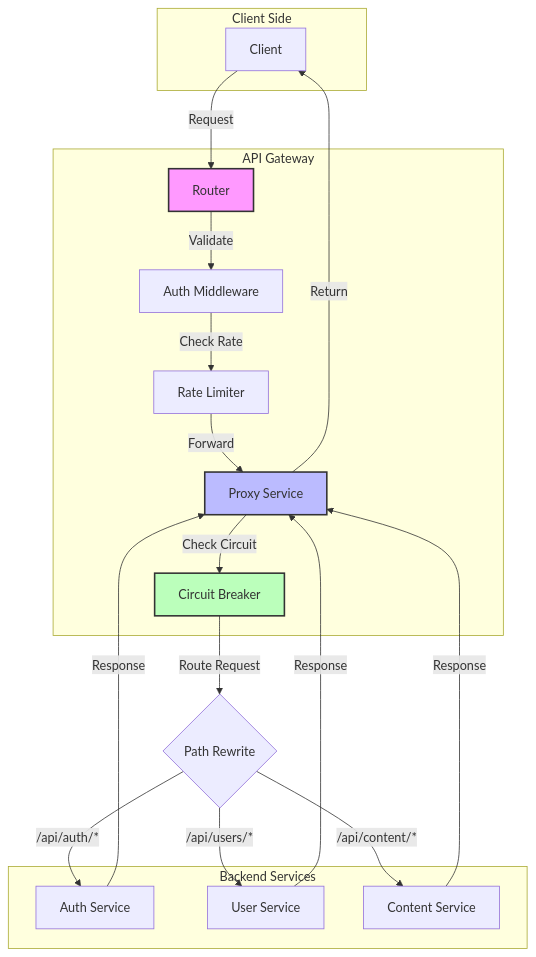
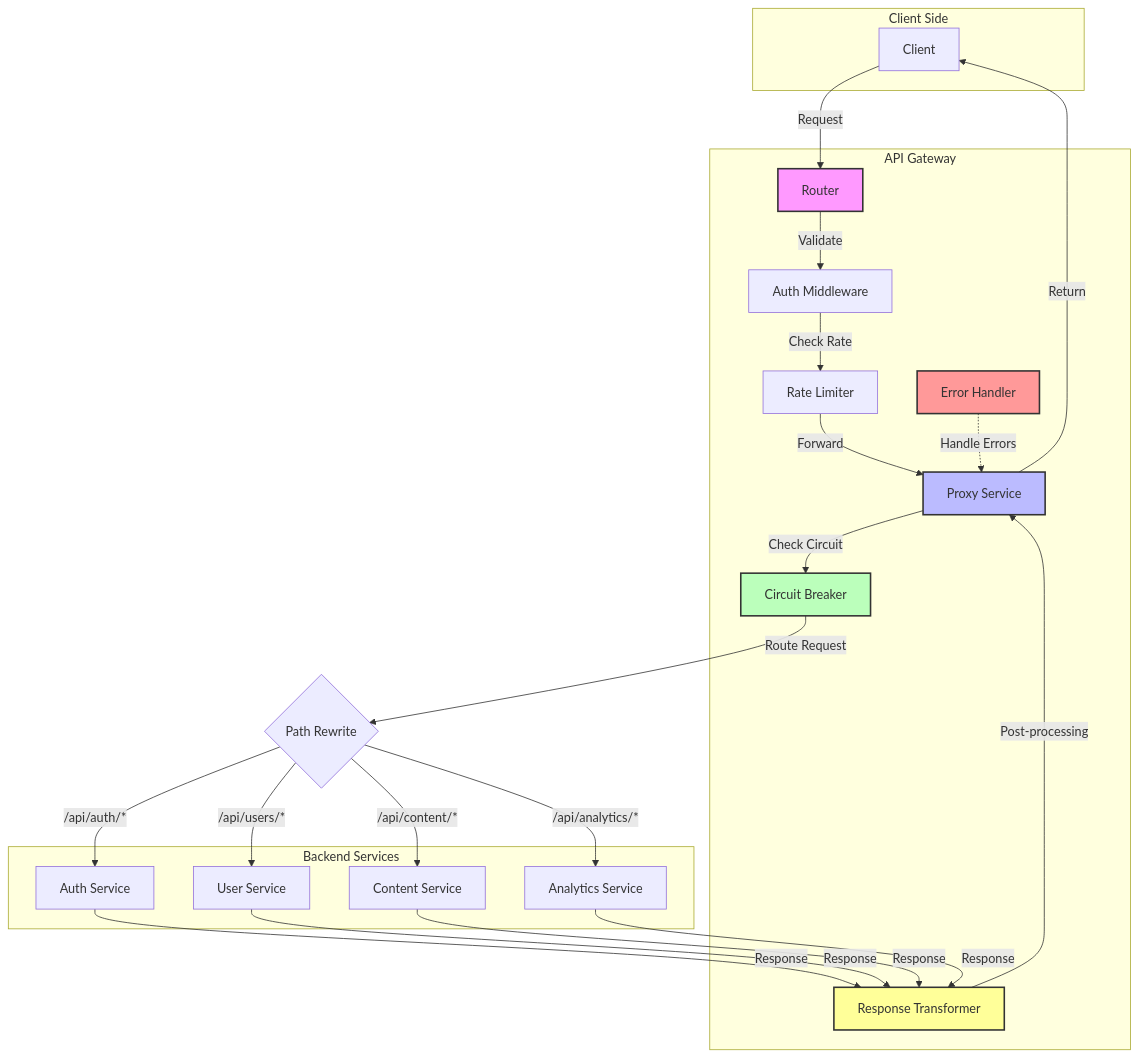
One commit to erfianugrah/api-gateway-workers changed the fourth of 20 diagrams in docs/TUTORIALS.md. Above: the diagram before and after it, drawn with Mermaid. The commit also changed other lines of this file and 1 other file, not shown here.

````diff
--- a/docs/TUTORIALS.md
+++ b/docs/TUTORIALS.md
@@ -335,42 +335,52 @@
 ```mermaid
 graph TD
     subgraph Client Side
         Client[Client]
     end
     
     subgraph API Gateway
         Router[Router]
         AuthMiddleware[Auth Middleware]
         RateLimiter[Rate Limiter]
         ProxyService[Proxy Service]
         CircuitBreaker[Circuit Breaker]
+        ResponseTransformer[Response Transformer]
+        ErrorHandler[Error Handler]
     end
     
     subgraph Backend Services
         AuthService[Auth Service]
         UserService[User Service]
         ContentService[Content Service]
+        AnalyticsService[Analytics Service]
     end
     
     Client -->|Request| Router
     Router -->|Validate| AuthMiddleware
     AuthMiddleware -->|Check Rate| RateLimiter
     RateLimiter -->|Forward| ProxyService
     ProxyService -->|Check Circuit| CircuitBreaker
     
     CircuitBreaker -->|Route Request| RewritePath{Path Rewrite}
     
     RewritePath -->|/api/auth/*| AuthService
     RewritePath -->|/api/users/*| UserService
     RewritePath -->|/api/content/*| ContentService
+    RewritePath -->|/api/analytics/*| AnalyticsService
     
-    AuthService -->|Response| ProxyService
-    UserService -->|Response| ProxyService
-    ContentService -->|Response| ProxyService
+    AuthService -->|Response| ResponseTransformer
+    UserService -->|Response| ResponseTransformer
+    ContentService -->|Response| ResponseTransformer
+    AnalyticsService -->|Response| ResponseTransformer
     
+    ResponseTransformer -->|Post-processing| ProxyService
     ProxyService -->|Return| Client
+    
+    ErrorHandler -.->|Handle Errors| ProxyService
     
     style Router fill:#f9f,stroke:#333,stroke-width:2px
     style ProxyService fill:#bbf,stroke:#333,stroke-width:2px
     style CircuitBreaker fill:#bfb,stroke:#333,stroke-width:2px
+    style ResponseTransformer fill:#ff9,stroke:#333,stroke-width:2px
+    style ErrorHandler fill:#f99,stroke:#333,stroke-width:2px
 ```
````
